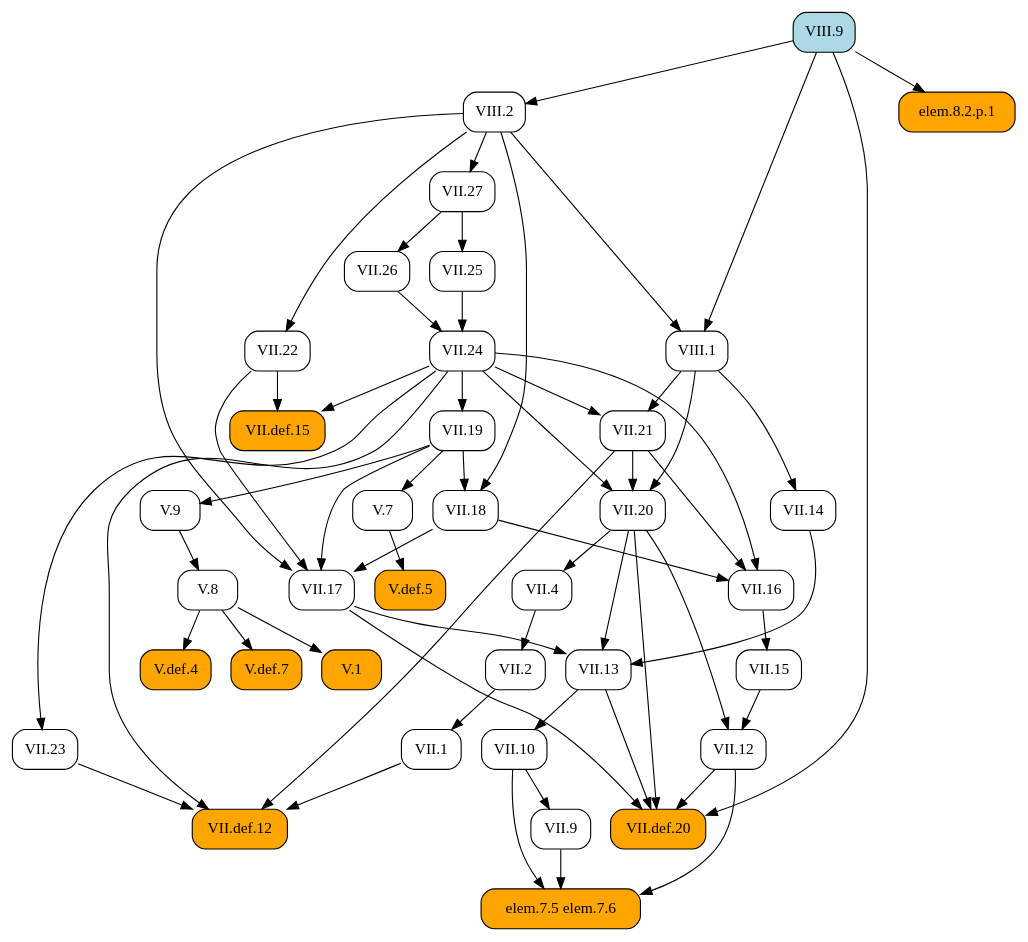
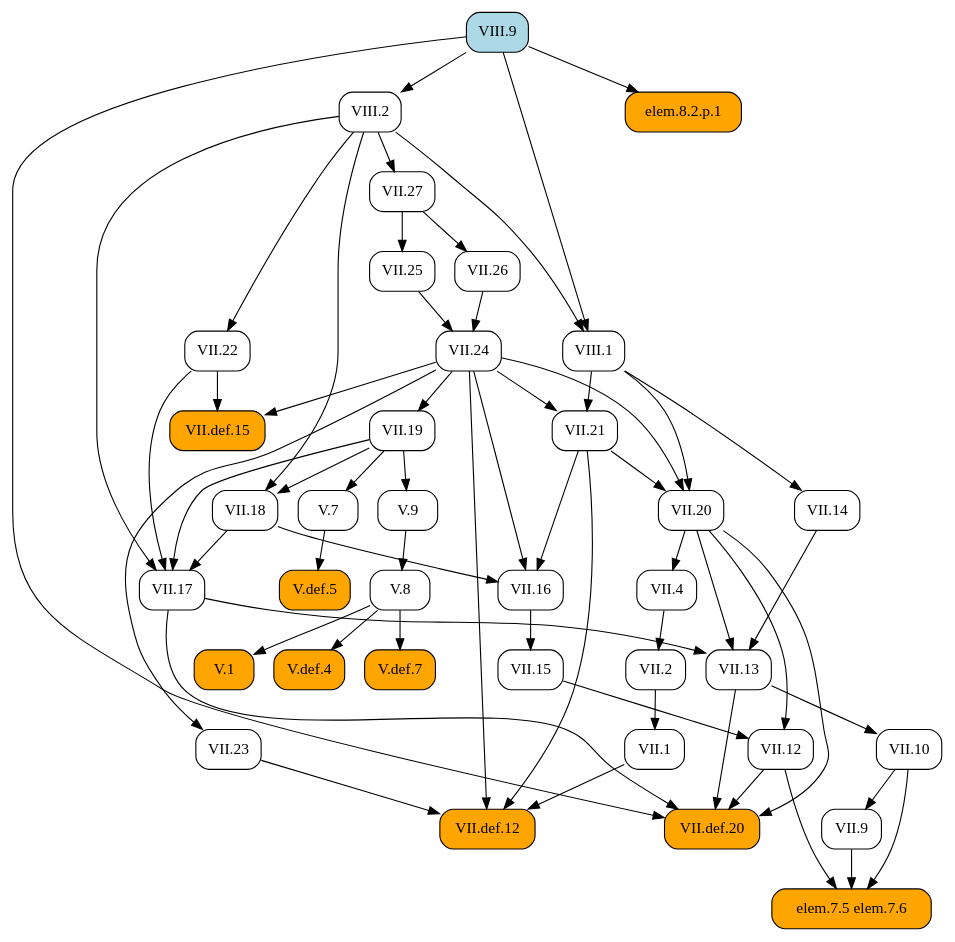
Before and after one commit to geometor/elements: the diagram in docsrc/heath/VIII/9/index.rst, drawn with Graphviz. The commit also changed other lines of this file and 1029 other files, not shown here.

```diff
--- a/docsrc/heath/VIII/9/index.rst
+++ b/docsrc/heath/VIII/9/index.rst
@@ -54,99 +54,99 @@
    digraph {
      rankdir="TB";
      node [shape=box, style=rounded];
-     "V.1" [style="rounded,filled", fillcolor=orange, URL="/heath/V/1/", target="_top"];
+     "VII.1" [URL="/heath/VII/1/", target="_top"];
+     "VII.9" [URL="/heath/VII/9/", target="_top"];
+     "V.def.5" [style="rounded,filled", fillcolor=orange, URL="/heath/V/def.5/", target="_top"];
+     "VII.17" [URL="/heath/VII/17/", target="_top"];
+     "elem.7.5 elem.7.6" [style="rounded,filled", fillcolor=orange];
+     "VIII.9" [style="rounded,filled", fillcolor=lightblue, URL="/heath/VIII/9/", target="_top"];
+     "V.7" [URL="/heath/V/7/", target="_top"];
+     "V.9" [URL="/heath/V/9/", target="_top"];
+     "VII.13" [URL="/heath/VII/13/", target="_top"];
+     "VII.2" [URL="/heath/VII/2/", target="_top"];
+     "VIII.1" [URL="/heath/VIII/1/", target="_top"];
+     "VIII.2" [URL="/heath/VIII/2/", target="_top"];
      "VII.12" [URL="/heath/VII/12/", target="_top"];
-     "VII.14" [URL="/heath/VII/14/", target="_top"];
-     "VII.13" [URL="/heath/VII/13/", target="_top"];
-     "VII.16" [URL="/heath/VII/16/", target="_top"];
-     "V.def.4" [style="rounded,filled", fillcolor=orange, URL="/heath/V/def.4/", target="_top"];
+     "VII.24" [URL="/heath/VII/24/", target="_top"];
+     "VII.def.12" [style="rounded,filled", fillcolor=orange, URL="/heath/VII/def.12/", target="_top"];
+     "V.8" [URL="/heath/V/8/", target="_top"];
+     "VII.10" [URL="/heath/VII/10/", target="_top"];
      "VII.def.15" [style="rounded,filled", fillcolor=orange, URL="/heath/VII/def.15/", target="_top"];
      "VII.18" [URL="/heath/VII/18/", target="_top"];
-     "V.8" [URL="/heath/V/8/", target="_top"];
+     "VII.19" [URL="/heath/VII/19/", target="_top"];
+     "VII.16" [URL="/heath/VII/16/", target="_top"];
+     "VII.26" [URL="/heath/VII/26/", target="_top"];
+     "VII.4" [URL="/heath/VII/4/", target="_top"];
+     "VII.25" [URL="/heath/VII/25/", target="_top"];
      "VII.21" [URL="/heath/VII/21/", target="_top"];
-     "V.7" [URL="/heath/V/7/", target="_top"];
-     "VII.def.12" [style="rounded,filled", fillcolor=orange, URL="/heath/VII/def.12/", target="_top"];
+     "V.1" [style="rounded,filled", fillcolor=orange, URL="/heath/V/1/", target="_top"];
+     "VII.20" [URL="/heath/VII/20/", target="_top"];
+     "VII.14" [URL="/heath/VII/14/", target="_top"];
+     "VII.27" [URL="/heath/VII/27/", target="_top"];
+     "V.def.4" [style="rounded,filled", fillcolor=orange, URL="/heath/V/def.4/", target="_top"];
+     "VII.22" [URL="/heath/VII/22/", target="_top"];
+     "V.def.7" [style="rounded,filled", fillcolor=orange, URL="/heath/V/def.7/", target="_top"];
+     "VII.23" [URL="/heath/VII/23/", target="_top"];
      "VII.15" [URL="/heath/VII/15/", target="_top"];
-     "VII.2" [URL="/heath/VII/2/", target="_top"];
      "VII.def.20" [style="rounded,filled", fillcolor=orange, URL="/heath/VII/def.20/", target="_top"];
-     "elem.7.5 elem.7.6" [style="rounded,filled", fillcolor=orange];
      "elem.8.2.p.1" [style="rounded,filled", fillcolor=orange];
-     "VII.10" [URL="/heath/VII/10/", target="_top"];
-     "V.def.7" [style="rounded,filled", fillcolor=orange, URL="/heath/V/def.7/", target="_top"];
-     "VII.20" [URL="/heath/VII/20/", target="_top"];
-     "VII.9" [URL="/heath/VII/9/", target="_top"];
-     "VIII.1" [URL="/heath/VIII/1/", target="_top"];
-     "VII.25" [URL="/heath/VII/25/", target="_top"];
-     "VII.23" [URL="/heath/VII/23/", target="_top"];
-     "VII.27" [URL="/heath/VII/27/", target="_top"];
-     "VIII.2" [URL="/heath/VIII/2/", target="_top"];
-     "VII.24" [URL="/heath/VII/24/", target="_top"];
-     "VII.19" [URL="/heath/VII/19/", target="_top"];
-     "VII.4" [URL="/heath/VII/4/", target="_top"];
-     "V.9" [URL="/heath/V/9/", target="_top"];
-     "VII.26" [URL="/heath/VII/26/", target="_top"];
-     "VII.1" [URL="/heath/VII/1/", target="_top"];
-     "VII.22" [URL="/heath/VII/22/", target="_top"];
-     "VIII.9" [style="rounded,filled", fillcolor=lightblue, URL="/heath/VIII/9/", target="_top"];
-     "V.def.5" [style="rounded,filled", fillcolor=orange, URL="/heath/V/def.5/", target="_top"];
-     "VII.17" [URL="/heath/VII/17/", target="_top"];
-     "V.8" -> "V.1";
-     "VII.15" -> "VII.12";
-     "VII.20" -> "VII.12";
-     "VIII.1" -> "VII.14";
+     "VII.2" -> "VII.1";
+     "VII.10" -> "VII.9";
+     "V.7" -> "V.def.5";
+     "VII.18" -> "VII.17";
+     "VII.19" -> "VII.17";
+     "VII.22" -> "VII.17";
+     "VIII.2" -> "VII.17";
+     "VII.9" -> "elem.7.5 elem.7.6";
+     "VII.10" -> "elem.7.5 elem.7.6";
+     "VII.12" -> "elem.7.5 elem.7.6";
+     "VII.19" -> "V.7";
+     "VII.19" -> "V.9";
      "VII.14" -> "VII.13";
      "VII.17" -> "VII.13";
      "VII.20" -> "VII.13";
-     "VII.18" -> "VII.16";
-     "VII.21" -> "VII.16";
-     "VII.24" -> "VII.16";
-     "V.8" -> "V.def.4";
+     "VII.4" -> "VII.2";
+     "VIII.2" -> "VIII.1";
+     "VIII.9" -> "VIII.1";
+     "VIII.9" -> "VIII.2";
+     "VII.15" -> "VII.12";
+     "VII.20" -> "VII.12";
+     "VII.25" -> "VII.24";
+     "VII.26" -> "VII.24";
+     "VII.1" -> "VII.def.12";
+     "VII.21" -> "VII.def.12";
+     "VII.23" -> "VII.def.12";
+     "VII.24" -> "VII.def.12";
+     "V.9" -> "V.8";
+     "VII.13" -> "VII.10";
      "VII.22" -> "VII.def.15";
      "VII.24" -> "VII.def.15";
      "VII.19" -> "VII.18";
      "VIII.2" -> "VII.18";
-     "V.9" -> "V.8";
+     "VII.24" -> "VII.19";
+     "VII.18" -> "VII.16";
+     "VII.21" -> "VII.16";
+     "VII.24" -> "VII.16";
+     "VII.27" -> "VII.26";
+     "VII.20" -> "VII.4";
+     "VII.27" -> "VII.25";
      "VII.24" -> "VII.21";
      "VIII.1" -> "VII.21";
-     "VII.19" -> "V.7";
-     "VII.1" -> "VII.def.12";
-     "VII.21" -> "VII.def.12";
-     "VII.23" -> "VII.def.12";
-     "VII.24" -> "VII.def.12";
+     "V.8" -> "V.1";
+     "VII.21" -> "VII.20";
+     "VII.24" -> "VII.20";
+     "VIII.1" -> "VII.20";
+     "VIII.1" -> "VII.14";
+     "VIII.2" -> "VII.27";
+     "V.8" -> "V.def.4";
+     "VIII.2" -> "VII.22";
+     "V.8" -> "V.def.7";
+     "VII.24" -> "VII.23";
      "VII.16" -> "VII.15";
-     "VII.4" -> "VII.2";
      "VII.12" -> "VII.def.20";
      "VII.13" -> "VII.def.20";
      "VII.17" -> "VII.def.20";
      "VII.20" -> "VII.def.20";
      "VIII.9" -> "VII.def.20";
-     "VII.9" -> "elem.7.5 elem.7.6";
-     "VII.10" -> "elem.7.5 elem.7.6";
-     "VII.12" -> "elem.7.5 elem.7.6";
      "VIII.9" -> "elem.8.2.p.1";
-     "VII.13" -> "VII.10";
-     "V.8" -> "V.def.7";
-     "VII.21" -> "VII.20";
-     "VII.24" -> "VII.20";
-     "VIII.1" -> "VII.20";
-     "VII.10" -> "VII.9";
-     "VIII.2" -> "VIII.1";
-     "VIII.9" -> "VIII.1";
-     "VII.27" -> "VII.25";
-     "VII.24" -> "VII.23";
-     "VIII.2" -> "VII.27";
-     "VIII.9" -> "VIII.2";
-     "VII.25" -> "VII.24";
-     "VII.26" -> "VII.24";
-     "VII.24" -> "VII.19";
-     "VII.20" -> "VII.4";
-     "VII.19" -> "V.9";
-     "VII.27" -> "VII.26";
-     "VII.2" -> "VII.1";
-     "VIII.2" -> "VII.22";
-     "V.7" -> "V.def.5";
-     "VII.18" -> "VII.17";
-     "VII.19" -> "VII.17";
-     "VII.22" -> "VII.17";
-     "VIII.2" -> "VII.17";
    }
```
